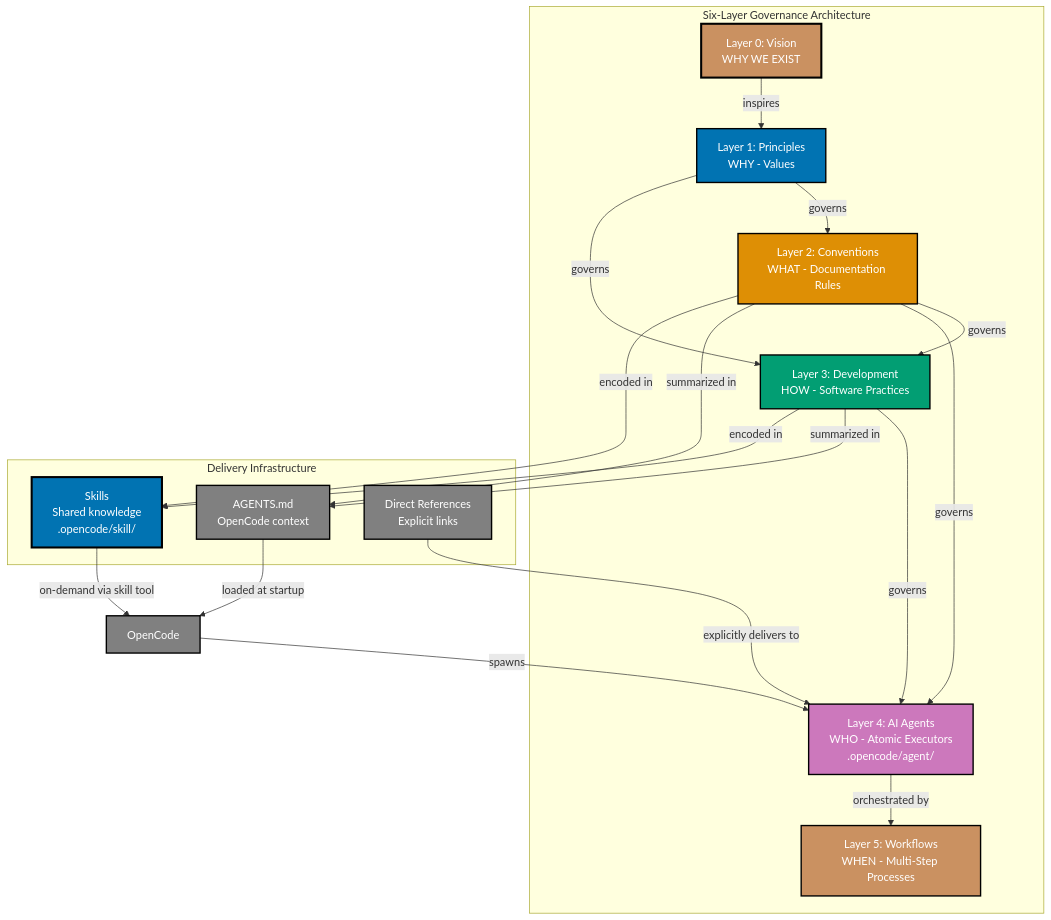
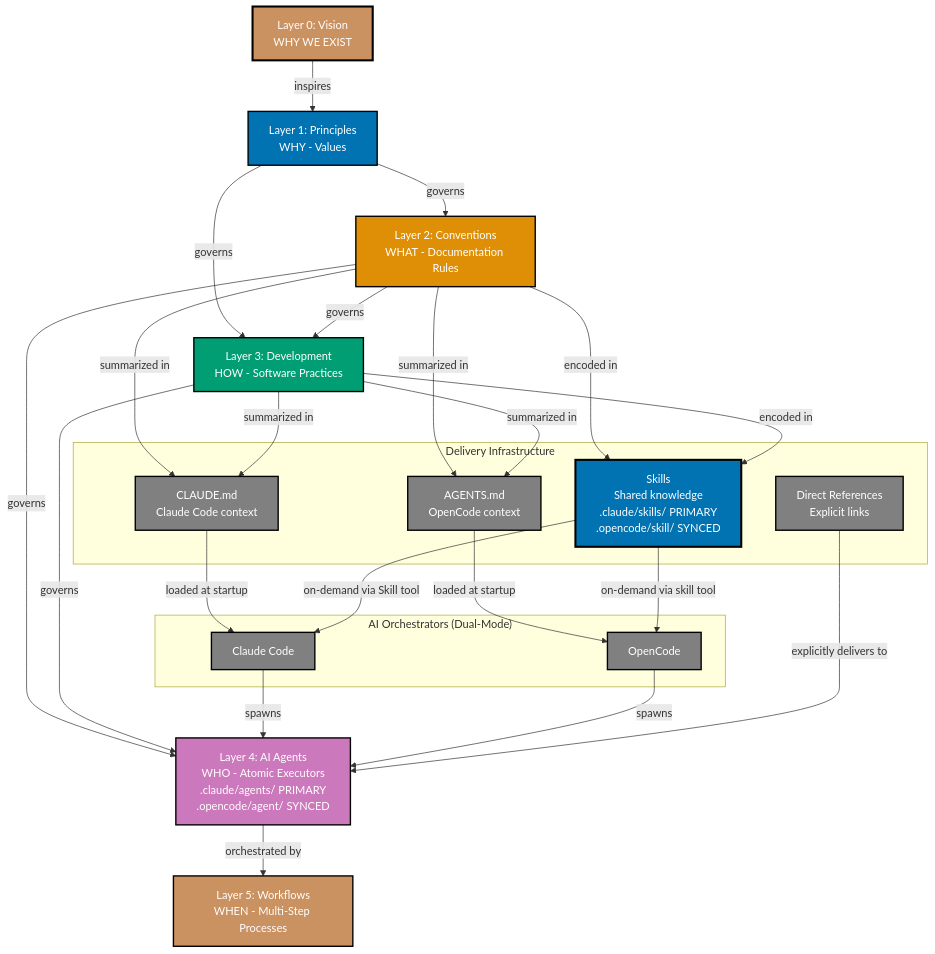
One commit to wahidyankf/open-sharia-enterprise changed the diagram in governance/repository-governance-architecture.md. Above: the diagram before and after it, drawn with Mermaid. The commit also changed other lines of this file, not shown here.

First line of the commit message:
docs(governance): update architecture diagram for dual-mode compatibility

````diff
--- a/governance/repository-governance-architecture.md
+++ b/governance/repository-governance-architecture.md
@@ -32,46 +32,57 @@
 ```mermaid
-%% Color Palette: Blue #0173B2, Orange #DE8F05, Teaee#029E73, Purple #CC78BC, Brown #CA9161, Gray #808080
+%% Color Palette: Blue #0173B2, Orange #DE8F05, Teal #029E73, Purple #CC78BC, Brown #CA9161, Gray #808080
 graph TD
-    subgraph Governance["Six-Layer Governance Architecture"]
-        L0[Layer 0: Vision<br/>WHY WE EXIST]
-        L1[Layer 1: Principles<br/>WHY - Values]
-        L2[Layer 2: Conventions<br/>WHAT - Documentation Rules]
-        L3[Layer 3: Development<br/>HOW - Software Practices]
-        L4[Layer 4: AI Agents<br/>WHO - Atomic Executors<br/>.opencode/agent/]
-        L5[Layer 5: Workflows<br/>WHEN - Multi-Step Processes]
+    L0[Layer 0: Vision<br/>WHY WE EXIST]
+    L1[Layer 1: Principles<br/>WHY - Values]
+    L2[Layer 2: Conventions<br/>WHAT - Documentation Rules]
+    L3[Layer 3: Development<br/>HOW - Software Practices]
+    L4[Layer 4: AI Agents<br/>WHO - Atomic Executors<br/>.claude/agents/ PRIMARY<br/>.opencode/agent/ SYNCED]
+    L5[Layer 5: Workflows<br/>WHEN - Multi-Step Processes]
+
+    subgraph Orchestrators["AI Orchestrators (Dual-Mode)"]
+        CC[Claude Code]
+        OC[OpenCode]
     end
 
     subgraph Delivery["Delivery Infrastructure"]
+        CM[CLAUDE.md<br/>Claude Code context]
         AM[AGENTS.md<br/>OpenCode context]
-        SK[Skills<br/>Shared knowledge<br/>.opencode/skill/]
+        SK[Skills<br/>Shared knowledge<br/>.claude/skills/ PRIMARY<br/>.opencode/skill/ SYNCED]
         DR[Direct References<br/>Explicit links]
     end
 
     L0 -->|inspires| L1
     L1 -->|governs| L2
     L1 -->|governs| L3
     L2 -->|governs| L3
     L2 -->|governs| L4
     L3 -->|governs| L4
     L4 -->|orchestrated by| L5
 
+    L2 -->|summarized in| CM
     L2 -->|summarized in| AM
     L2 -->|encoded in| SK
+    L3 -->|summarized in| CM
     L3 -->|summarized in| AM
     L3 -->|encoded in| SK
-    AM -->|loaded at startup| OOC[OpenCode]
-    OOC -->|spawns| L4
-    SK -->|on-demand via skill tool| OOC
+    CM -->|loaded at startup| CC
+    AM -->|loaded at startup| OC
+    CC -->|spawns| L4
+    OC -->|spawns| L4
+    SK -->|on-demand via Skill tool| CC
+    SK -->|on-demand via skill tool| OC
     DR -->|explicitly delivers to| L4
 
     style L0 fill:#CA9161,stroke:#000000,color:#FFFFFF,stroke-width:3px
     style L1 fill:#0173B2,stroke:#000000,color:#FFFFFF,stroke-width:2px
     style L2 fill:#DE8F05,stroke:#000000,color:#FFFFFF,stroke-width:2px
     style L3 fill:#029E73,stroke:#000000,color:#FFFFFF,stroke-width:2px
     style L4 fill:#CC78BC,stroke:#000000,color:#FFFFFF,stroke-width:2px
     style L5 fill:#CA9161,stroke:#000000,color:#FFFFFF,stroke-width:2px
-    style OOC fill:#808080,stroke:#000000,color:#FFFFFF,stroke-width:2px
+    style CC fill:#808080,stroke:#000000,color:#FFFFFF,stroke-width:2px
+    style OC fill:#808080,stroke:#000000,color:#FFFFFF,stroke-width:2px
+    style CM fill:#808080,stroke:#000000,color:#FFFFFF,stroke-width:2px
     style AM fill:#808080,stroke:#000000,color:#FFFFFF,stroke-width:2px
     style SK fill:#0173B2,stroke:#000000,color:#FFFFFF,stroke-width:3px
     style DR fill:#808080,stroke:#000000,color:#FFFFFF,stroke-width:2px
 ```
````
